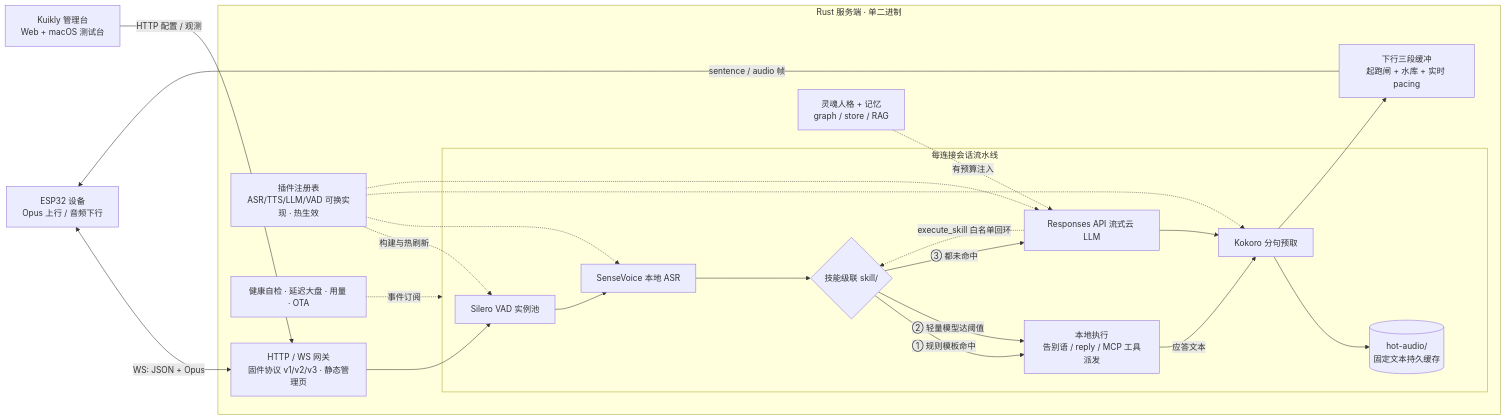
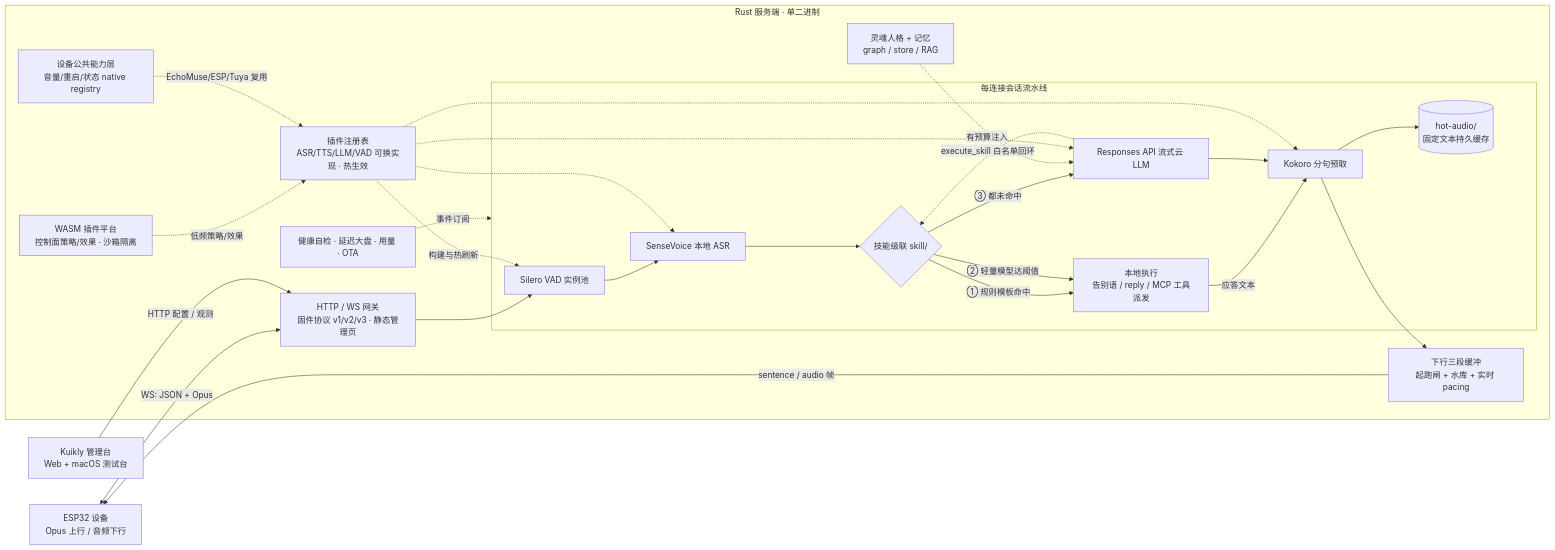
The diagram in README.md (SturdyCat/xiaozhi-server-rust), drawn with Mermaid before and after one commit. The commit also changed other lines of this file and 33 other files, not shown here.

````diff
--- a/README.md
+++ b/README.md
@@ -23,36 +25,40 @@
 ```mermaid
 flowchart LR
     ESP[ESP32 设备<br/>Opus 上行 / 音频下行]
     ADMIN[Kuikly 管理台<br/>Web + macOS 测试台]
 
     subgraph srv[Rust 服务端 · 单二进制]
         GW[HTTP / WS 网关<br/>固件协议 v1/v2/v3 · 静态管理页]
         subgraph sess[每连接会话流水线]
             VAD[Silero VAD 实例池] --> ASR[SenseVoice 本地 ASR]
             ASR --> NLU{技能级联 skill/}
             NLU -->|① 规则模板命中| ACT[本地执行<br/>告别语 / reply / MCP 工具派发]
             NLU -->|② 轻量模型达阈值| ACT
             NLU -->|③ 都未命中| LLM[Responses API 流式云 LLM]
             LLM -. execute_skill 白名单回环 .-> NLU
             ACT -->|应答文本| TTS[Kokoro 分句预取]
             LLM --> TTS
             TTS --> HOT[(hot-audio/<br/>固定文本持久缓存)]
         end
         DOWN[下行三段缓冲<br/>起跑闸 + 水库 + 实时 pacing]
         REG[插件注册表<br/>ASR/TTS/LLM/VAD 可换实现 · 热生效]
+        WASM[WASM 插件平台<br/>控制面策略/效果 · 沙箱隔离]
+        CAP[设备公共能力层<br/>音量/重启/状态 native registry]
         CTX[灵魂人格 + 记忆<br/>graph / store / RAG]
         OBS[健康自检 · 延迟大盘 · 用量 · OTA]
     end
 
     ESP <-->|WS: JSON + Opus| GW
     ADMIN -->|HTTP 配置 / 观测| GW
     GW --> VAD
     TTS --> DOWN
     DOWN -->|sentence / audio 帧| ESP
     CTX -. 有预算注入 .-> LLM
     REG -. 构建与热刷新 .-> VAD
     REG -.-> ASR
     REG -.-> TTS
     REG -.-> LLM
+    WASM -. 低频策略/效果 .-> REG
+    CAP -. EchoMuse/ESP/Tuya 复用 .-> REG
     OBS -. 事件订阅 .-> sess
 ```
````
